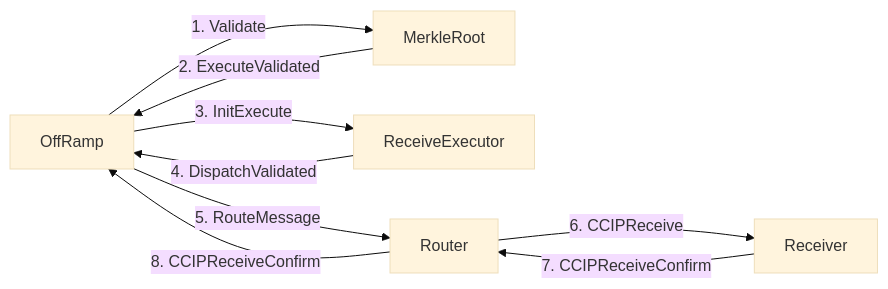
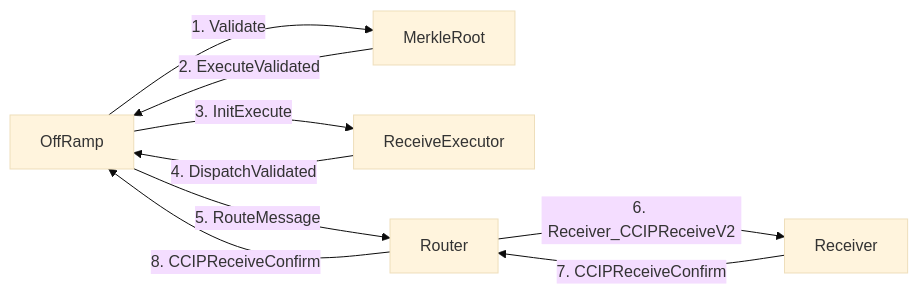
One commit to smartcontractkit/chainlink-ton changed the first of 6 diagrams in docs/contracts/overview/ccip/offramp/arbitrary-msg.md. Above: the diagram before and after it, drawn with Mermaid (base theme). The commit also changed other lines of this file and 31 other files, not shown here.

First line of the commit message:
[NONEVM-5608] Fix Receiver_CCIPReceive potential overflow (#841)

````diff
--- a/docs/contracts/overview/ccip/offramp/arbitrary-msg.md
+++ b/docs/contracts/overview/ccip/offramp/arbitrary-msg.md
@@ -14,18 +14,18 @@
 ```mermaid
 
 graph LR
     OFR["OffRamp"]
     MR["MerkleRoot"]
     RE["ReceiveExecutor"]
     R["Router"]
     RCV["Receiver"]
 
     OFR -->|1. Validate| MR
     MR -->|2. ExecuteValidated| OFR
     OFR -->|3. InitExecute| RE
     RE -->|4. DispatchValidated| OFR
     OFR -->|5. RouteMessage| R
-    R -->|6. CCIPReceive| RCV
+    R -->|6. Receiver_CCIPReceiveV2| RCV
     RCV -->|7. CCIPReceiveConfirm| R
     R -->|8. CCIPReceiveConfirm| OFR
 ```
````
